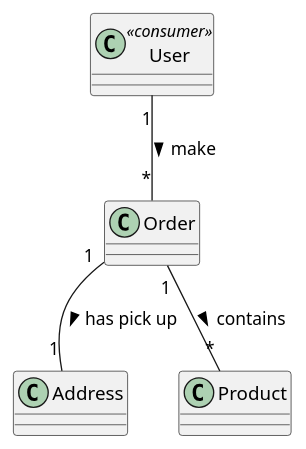
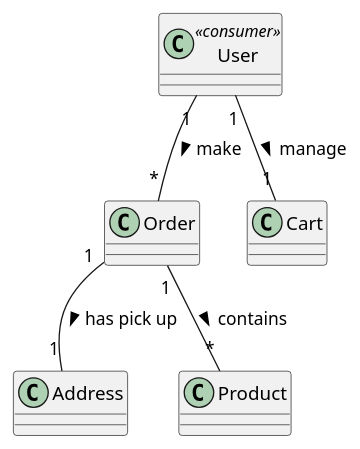
Before and after one commit to bruflor/comercio-vizinho: the diagram in docs/diagrams/entitiesRelations/UserConsumerRelations.puml, drawn with PlantUML. The commit also changed 5 other files, not shown here.

Commit message:
Updating previous diagrams to have cart relations

```diff
--- a/docs/diagrams/entitiesRelations/UserConsumerRelations.puml
+++ b/docs/diagrams/entitiesRelations/UserConsumerRelations.puml
@@ -1,17 +1,18 @@
 @startuml
 class User <<consumer>> {}
 class Address {}
 
 ' Product Classes
 class Product {}
 
 ' Order Classes
 class Order {}
-
+class Cart {}
 
 ' Associations
 User "1" -- "*" Order : make >
+User "1" -- "1" Cart: manage >
 Order "1" -- "1" Address : has pick up >
 Order "1" -- "*" Product : contains >
 
 @enduml
```
